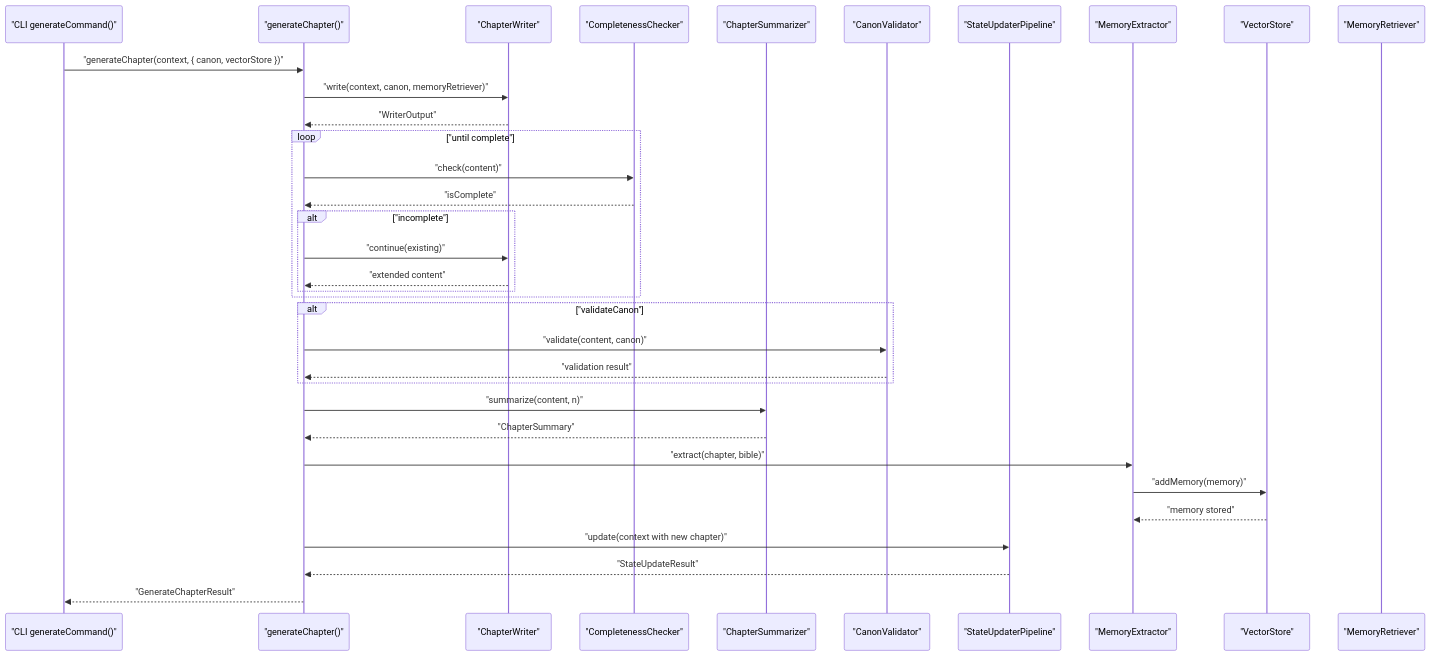
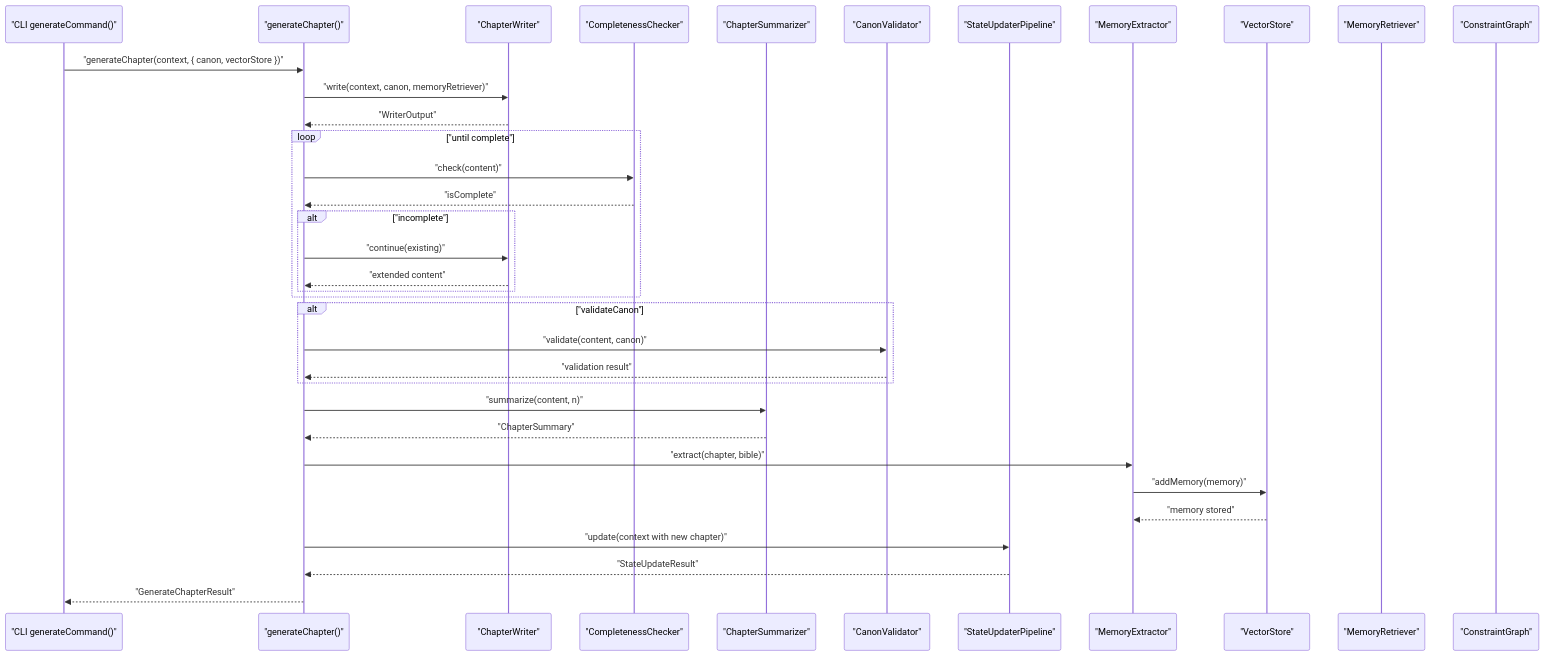
One commit to liwonder/NARRITIVE_OS changed the second of 13 diagrams in .qoder/repowiki/en/content/Memory Management System/Memory Management System.md. Above: the diagram before and after it, drawn with Mermaid. The commit also changed other lines of this file and 12 other files, not shown here.

````diff
--- a/.qoder/repowiki/en/content/Memory Management System/Memory Management System.md
+++ b/.qoder/repowiki/en/content/Memory Management System/Memory Management System.md
@@ -174,36 +175,37 @@
 ```mermaid
 sequenceDiagram
 participant CLI as "CLI generateCommand()"
 participant Pipe as "generateChapter()"
 participant Writer as "ChapterWriter"
 participant Comp as "CompletenessChecker"
 participant Sum as "ChapterSummarizer"
 participant Val as "CanonValidator"
 participant StateUp as "StateUpdaterPipeline"
 participant ME as "MemoryExtractor"
 participant VS as "VectorStore"
 participant MR as "MemoryRetriever"
+participant CG as "ConstraintGraph"
 CLI->>Pipe : "generateChapter(context, { canon, vectorStore })"
 Pipe->>Writer : "write(context, canon, memoryRetriever)"
 Writer-->>Pipe : "WriterOutput"
 loop "until complete"
 Pipe->>Comp : "check(content)"
 Comp-->>Pipe : "isComplete"
 alt "incomplete"
 Pipe->>Writer : "continue(existing)"
 Writer-->>Pipe : "extended content"
 end
 end
 alt "validateCanon"
 Pipe->>Val : "validate(content, canon)"
 Val-->>Pipe : "validation result"
 end
 Pipe->>Sum : "summarize(content, n)"
 Sum-->>Pipe : "ChapterSummary"
 Pipe->>ME : "extract(chapter, bible)"
 ME->>VS : "addMemory(memory)"
 VS-->>ME : "memory stored"
 Pipe->>StateUp : "update(context with new chapter)"
 StateUp-->>Pipe : "StateUpdateResult"
 Pipe-->>CLI : "GenerateChapterResult"
 ```
````
